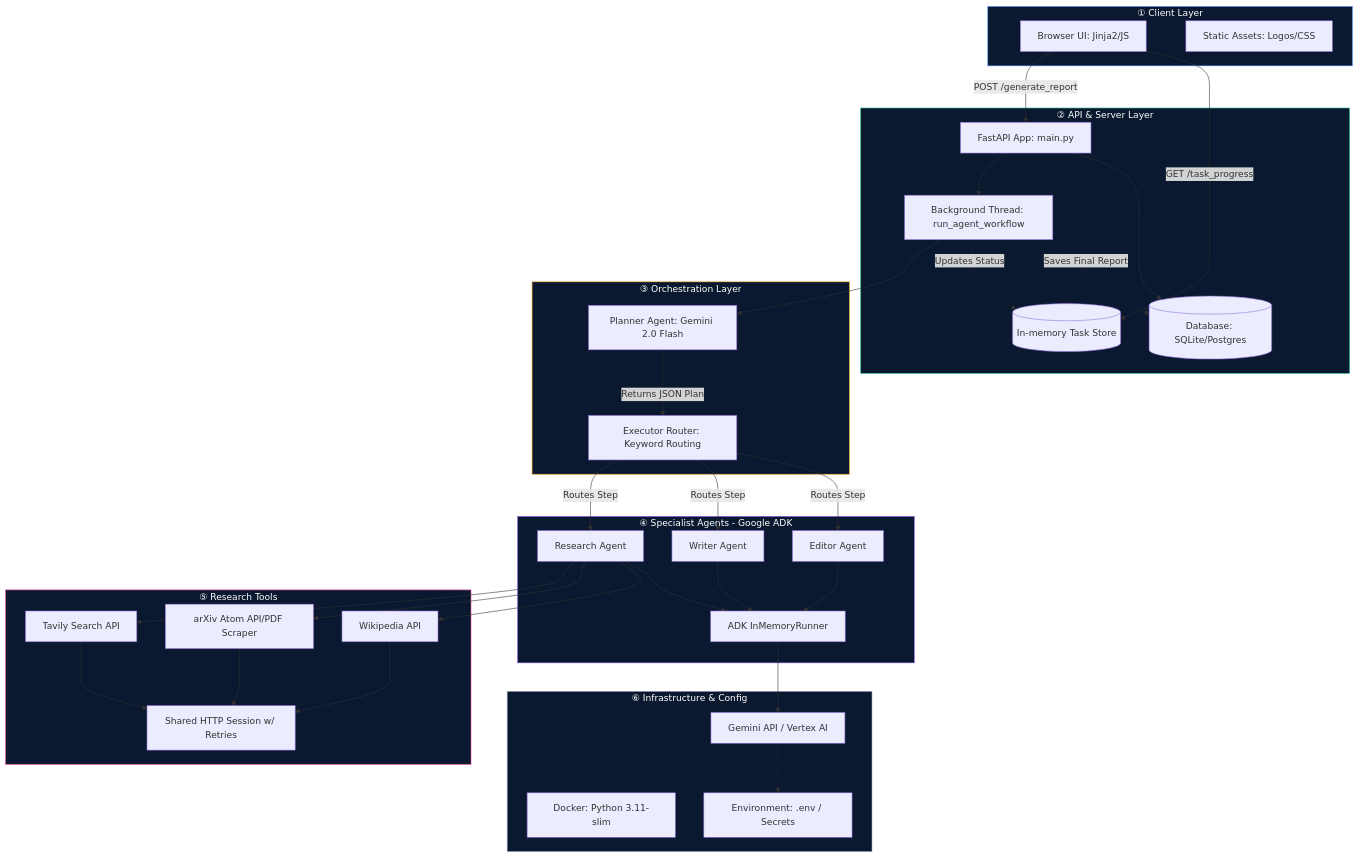
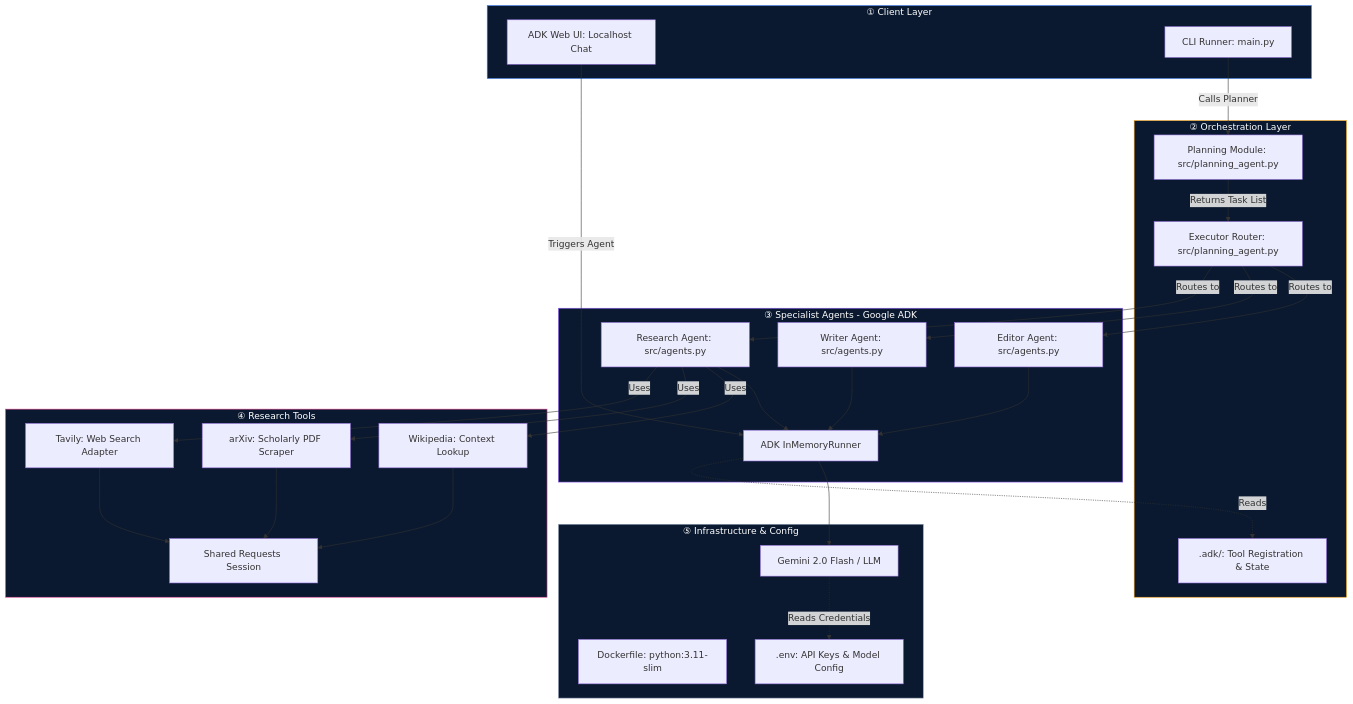
One commit to craigchipendo/Advanced-AI-Projects changed the diagram in Research Assistant Agent/README.md. Above: the diagram before and after it, drawn with Mermaid.

Commit message:
Refactor README.md for clarity and structure

````diff
--- a/Research Assistant Agent/README.md
+++ b/Research Assistant Agent/README.md
@@ -10,66 +10,63 @@
 ```mermaid
 graph TD
     %% Layer 1: Client
     subgraph Layer_1 [① Client Layer]
-        UI[Browser UI: Jinja2/JS]
-        Static[Static Assets: Logos/CSS]
+        ADK_Web[ADK Web UI: Localhost Chat]
+        Terminal[CLI Runner: main.py]
     end
-    %% Layer 2: API
-    subgraph Layer_2 [② API & Server Layer]
-        FastAPI[FastAPI App: main.py]
-        TaskStore[(In-memory Task Store)]
-        DB[(Database: SQLite/Postgres)]
-        BG_Thread[Background Thread: run_agent_workflow]
+
+    %% Layer 2: Orchestration
+    subgraph Layer_2 [② Orchestration Layer]
+        Planner[Planning Module: src/planning_agent.py]
+        Executor[Executor Router: src/planning_agent.py]
+        Metadata[.adk/: Tool Registration & State]
     end
-    %% Layer 3: Orchestration
-    subgraph Layer_3 [③ Orchestration Layer]
-        Planner[Planner Agent: Gemini 2.0 Flash]
-        Router[Executor Router: Keyword Routing]
-    end
-    %% Layer 4: Agents
-    subgraph Layer_4 [④ Specialist Agents - Google ADK]
-        Researcher[Research Agent]
-        Writer[Writer Agent]
-        Editor[Editor Agent]
+
+    %% Layer 3: Agents
+    subgraph Layer_3 [③ Specialist Agents - Google ADK]
+        Researcher[Research Agent: src/agents.py]
+        Writer[Writer Agent: src/agents.py]
+        Editor[Editor Agent: src/agents.py]
         ADK_Runtime[ADK InMemoryRunner]
     end
-    %% Layer 5: Tools
-    subgraph Layer_5 [⑤ Research Tools]
-        Tavily[Tavily Search API]
-        arXiv[arXiv Atom API/PDF Scraper]
-        Wiki[Wikipedia API]
-        HTTP_Client[Shared HTTP Session w/ Retries]
+
+    %% Layer 4: Tools
+    subgraph Layer_4 [④ Research Tools]
+        Tavily[Tavily: Web Search Adapter]
+        arXiv[arXiv: Scholarly PDF Scraper]
+        Wiki[Wikipedia: Context Lookup]
+        HTTP_Client[Shared Requests Session]
     end
-    %% Layer 6: Infra
-    subgraph Layer_6 [⑥ Infrastructure & Config]
-        Gemini[Gemini API / Vertex AI]
-        Docker[Docker: Python 3.11-slim]
-        Env[Environment: .env / Secrets]
+
+    %% Layer 5: Infrastructure
+    subgraph Layer_5 [⑤ Infrastructure & Config]
+        Gemini[Gemini 2.0 Flash / LLM]
+        Docker[Dockerfile: python:3.11-slim]
+        Env[.env: API Keys & Model Config]
     end
+
     %% Relationships
-    UI -->|POST /generate_report| FastAPI
-    UI -->|GET /task_progress| TaskStore
-    FastAPI --> BG_Thread
-    FastAPI --> DB
-    BG_Thread --> Planner
-    Planner -->|Returns JSON Plan| Router
-    Router -->|Routes Step| Researcher
-    Router -->|Routes Step| Writer
-    Router -->|Routes Step| Editor
-    Researcher --> Tavily
-    Researcher --> arXiv
-    Researcher --> Wiki
+    ADK_Web -->|Triggers Agent| ADK_Runtime
+    Terminal -->|Calls Planner| Planner
+    Planner -->|Returns Task List| Executor
+    Executor -->|Routes to| Researcher
+    Executor -->|Routes to| Writer
+    Executor -->|Routes to| Editor
+
+    Researcher -->|Uses| Tavily
+    Researcher -->|Uses| arXiv
+    Researcher -->|Uses| Wiki
     Tavily & arXiv & Wiki --> HTTP_Client
+
     Researcher & Writer & Editor --> ADK_Runtime
+    ADK_Runtime -.->|Reads| Metadata
     ADK_Runtime --> Gemini
-    Gemini -.-> Env
-    BG_Thread -.->|Updates Status| TaskStore
-    BG_Thread -.->|Saves Final Report| DB
+    Gemini -.->|Reads Credentials| Env
+
     %% Styling
     style Layer_1 fill:#0a192f,stroke:#3b82f6,color:#fff
-    style Layer_2 fill:#0a192f,stroke:#10b981,color:#fff
-    style Layer_3 fill:#0a192f,stroke:#f59e0b,color:#fff
-    style Layer_4 fill:#0a192f,stroke:#8b5cf6,color:#fff
-    style Layer_5 fill:#0a192f,stroke:#ec4899,color:#fff
-    style Layer_6 fill:#0a192f,stroke:#94a3b8,color:#fff
+    style Layer_2 fill:#0a192f,stroke:#f59e0b,color:#fff
+    style Layer_3 fill:#0a192f,stroke:#8b5cf6,color:#fff
+    style Layer_4 fill:#0a192f,stroke:#ec4899,color:#fff
+    style Layer_5 fill:#0a192f,stroke:#94a3b8,color:#fff
 ```
````
